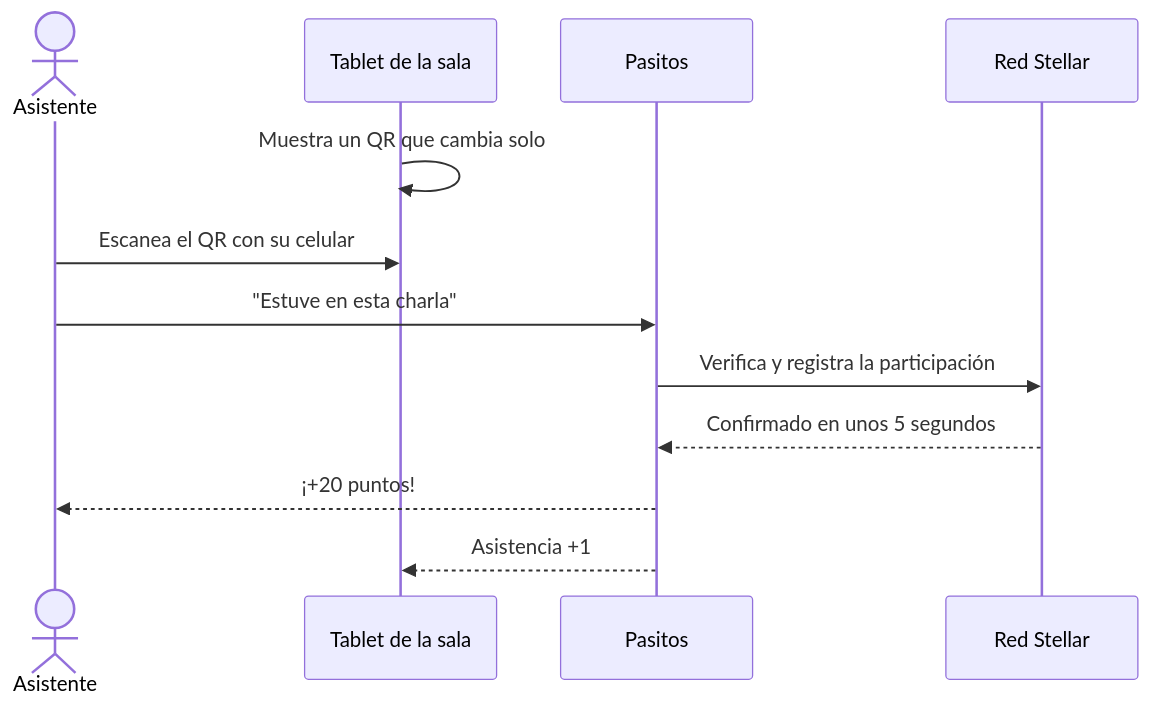
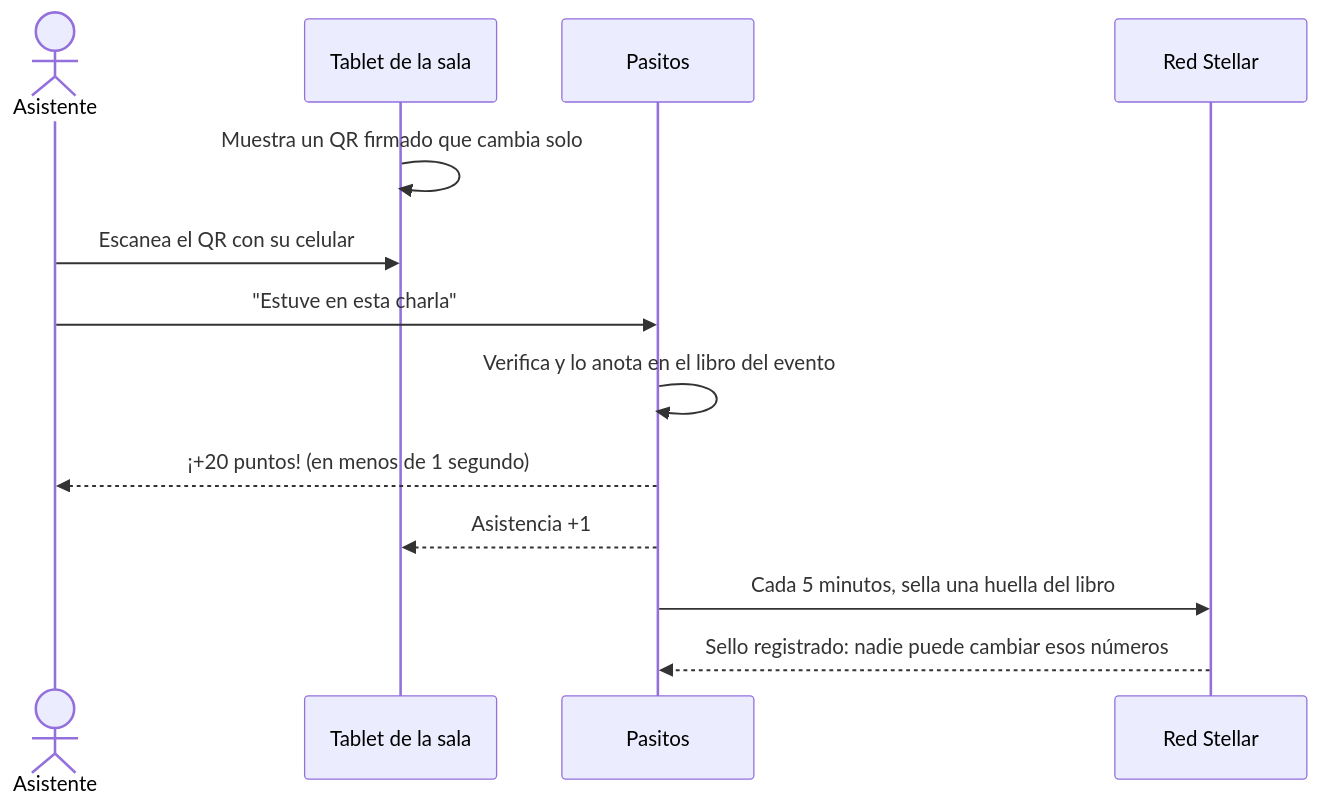
One commit to DAVV422/pasitos changed the first of 3 diagrams in README.md. Above: the diagram before and after it, drawn with Mermaid. The commit also changed other lines of this file and 4 other files, not shown here.

````diff
--- a/README.md
+++ b/README.md
@@ -82,14 +82,15 @@
 ```mermaid
 sequenceDiagram
     actor A as Asistente
     participant S as Tablet de la sala
     participant P as Pasitos
     participant R as Red Stellar
-    S->>S: Muestra un QR que cambia solo
+    S->>S: Muestra un QR firmado que cambia solo
     A->>S: Escanea el QR con su celular
     A->>P: "Estuve en esta charla"
-    P->>R: Verifica y registra la participación
-    R-->>P: Confirmado en unos 5 segundos
-    P-->>A: ¡+20 puntos!
+    P->>P: Verifica y lo anota en el libro del evento
+    P-->>A: ¡+20 puntos! (en menos de 1 segundo)
     P-->>S: Asistencia +1
+    P->>R: Cada 5 minutos, sella una huella del libro
+    R-->>P: Sello registrado: nadie puede cambiar esos números
 ```
````
